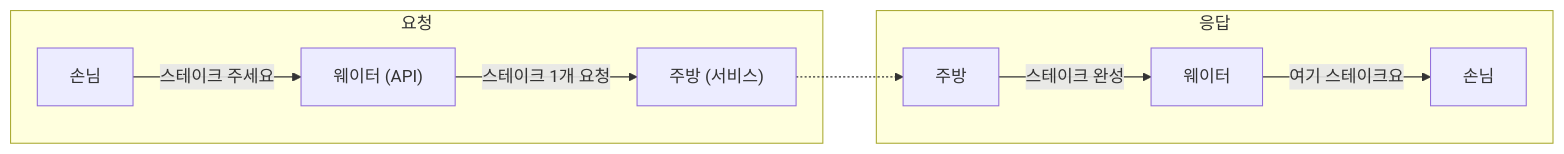
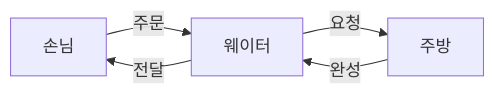
The first of 8 diagrams in 02-literacy/26-nocode.md (Kanghyeop/pages-book-agent101), drawn with Mermaid before and after one commit. The commit also changed other lines of this file and 3 other files, not shown here.

First line of the commit message:
Mermaid subgraph 완전 제거: GitHub 호환성 확보

````diff
--- a/02-literacy/26-nocode.md
+++ b/02-literacy/26-nocode.md
@@ -20,12 +20,7 @@
 ```mermaid
 flowchart LR
-    subgraph Request[요청]
-        A[손님] -->|스테이크 주세요| B["웨이터 (API)"]
-        B -->|스테이크 1개 요청| C["주방 (서비스)"]
-    end
-    subgraph Response[응답]
-        C2[주방] -->|스테이크 완성| B2[웨이터]
-        B2 -->|여기 스테이크요| A2[손님]
-    end
-    C -.-> C2
+    A[손님] -->|주문| B[웨이터]
+    B -->|요청| C[주방]
+    C -->|완성| B
+    B -->|전달| A
 ```
````
